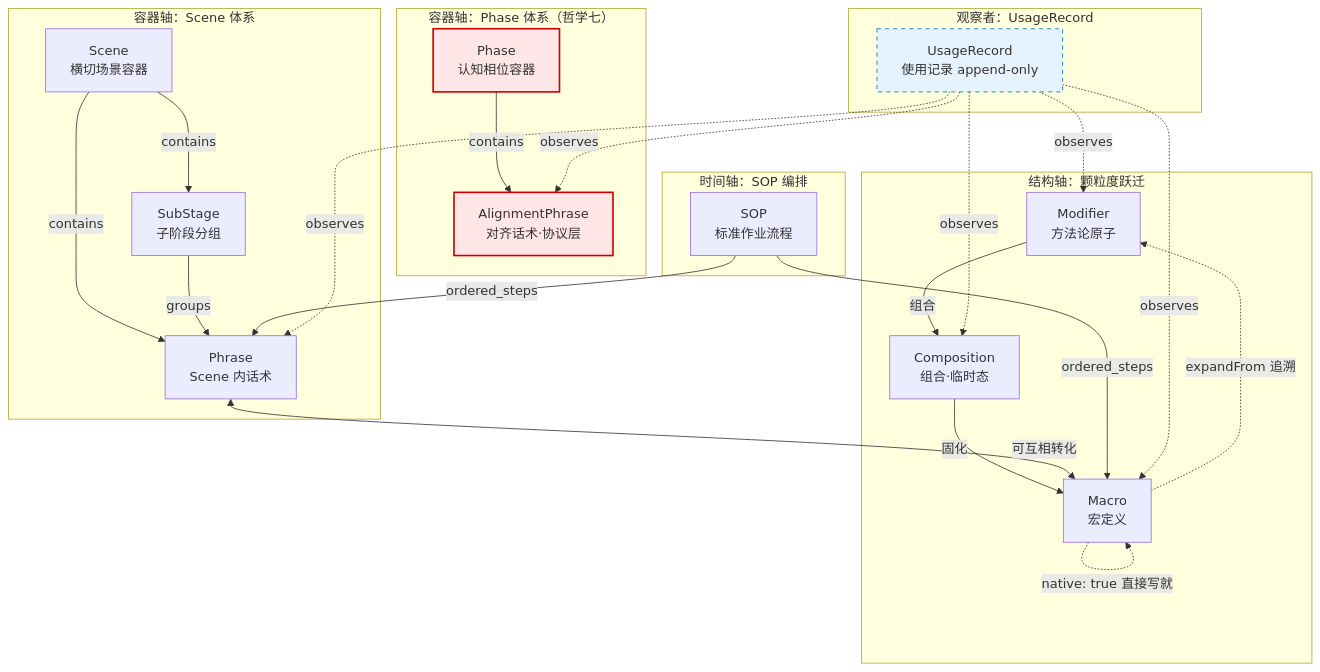
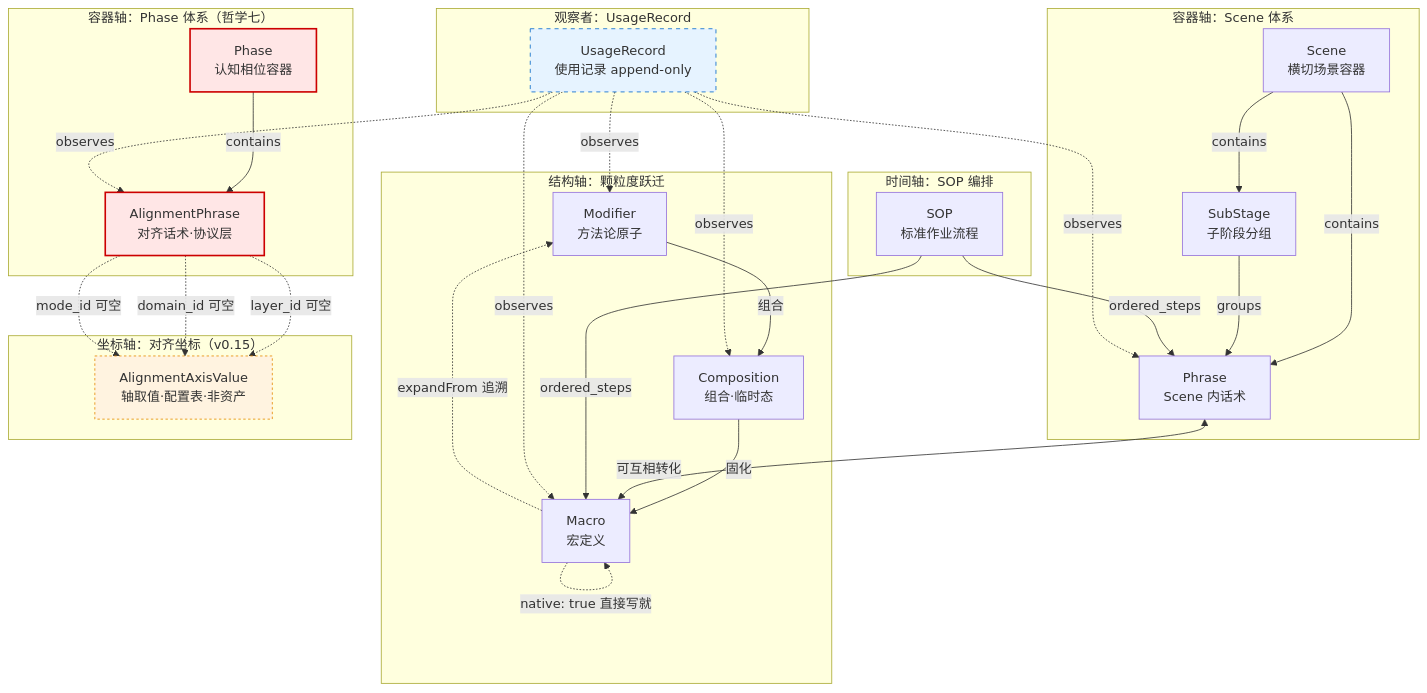
The first of 4 diagrams in docs/design/06-prd.md (HuiW86/prompt-hub), drawn with Mermaid before and after one commit. The commit also changed other lines of this file and 6 other files, not shown here.

````diff
--- a/docs/design/06-prd.md
+++ b/docs/design/06-prd.md
@@ -334,39 +340,48 @@
 ```mermaid
 graph TD
     subgraph 结构轴["结构轴：颗粒度跃迁"]
         M[Modifier<br/>方法论原子] -->|组合| C[Composition<br/>组合·临时态]
         C -->|固化| MA[Macro<br/>宏定义]
         MA -.->|expandFrom 追溯| M
         MA -.->|native: true 直接写就| MA
     end
 
     subgraph 容器轴1["容器轴：Scene 体系"]
         SC[Scene<br/>横切场景容器] -->|contains| P[Phrase<br/>Scene 内话术]
         SC -->|contains| SS[SubStage<br/>子阶段分组]
         SS -->|groups| P
         P <-->|可互相转化| MA
     end
 
     subgraph 容器轴2["容器轴：Phase 体系（哲学七）"]
         PH[Phase<br/>认知相位容器] -->|contains| AP[AlignmentPhrase<br/>对齐话术·协议层]
     end
 
+    subgraph 坐标轴["坐标轴：对齐坐标（v0.15）"]
+        AXV[AlignmentAxisValue<br/>轴取值·配置表·非资产]
+    end
+
     subgraph 时间轴["时间轴：SOP 编排"]
         SOP[SOP<br/>标准作业流程] -->|ordered_steps| MA
         SOP -->|ordered_steps| P
     end
 
     subgraph 观察者["观察者：UsageRecord"]
         UR[UsageRecord<br/>使用记录 append-only]
     end
 
     UR -.->|observes| M
     UR -.->|observes| C
     UR -.->|observes| MA
     UR -.->|observes| P
     UR -.->|observes| AP
 
+    AP -.->|layer_id 可空| AXV
+    AP -.->|domain_id 可空| AXV
+    AP -.->|mode_id 可空| AXV
+
     style AP fill:#ffe6e6,stroke:#c00,stroke-width:2px
     style PH fill:#ffe6e6,stroke:#c00,stroke-width:2px
     style UR fill:#e6f3ff,stroke:#06c,stroke-width:1px,stroke-dasharray: 5 5
+    style AXV fill:#fff3e0,stroke:#e68a00,stroke-width:1px,stroke-dasharray: 3 3
 ```
````
